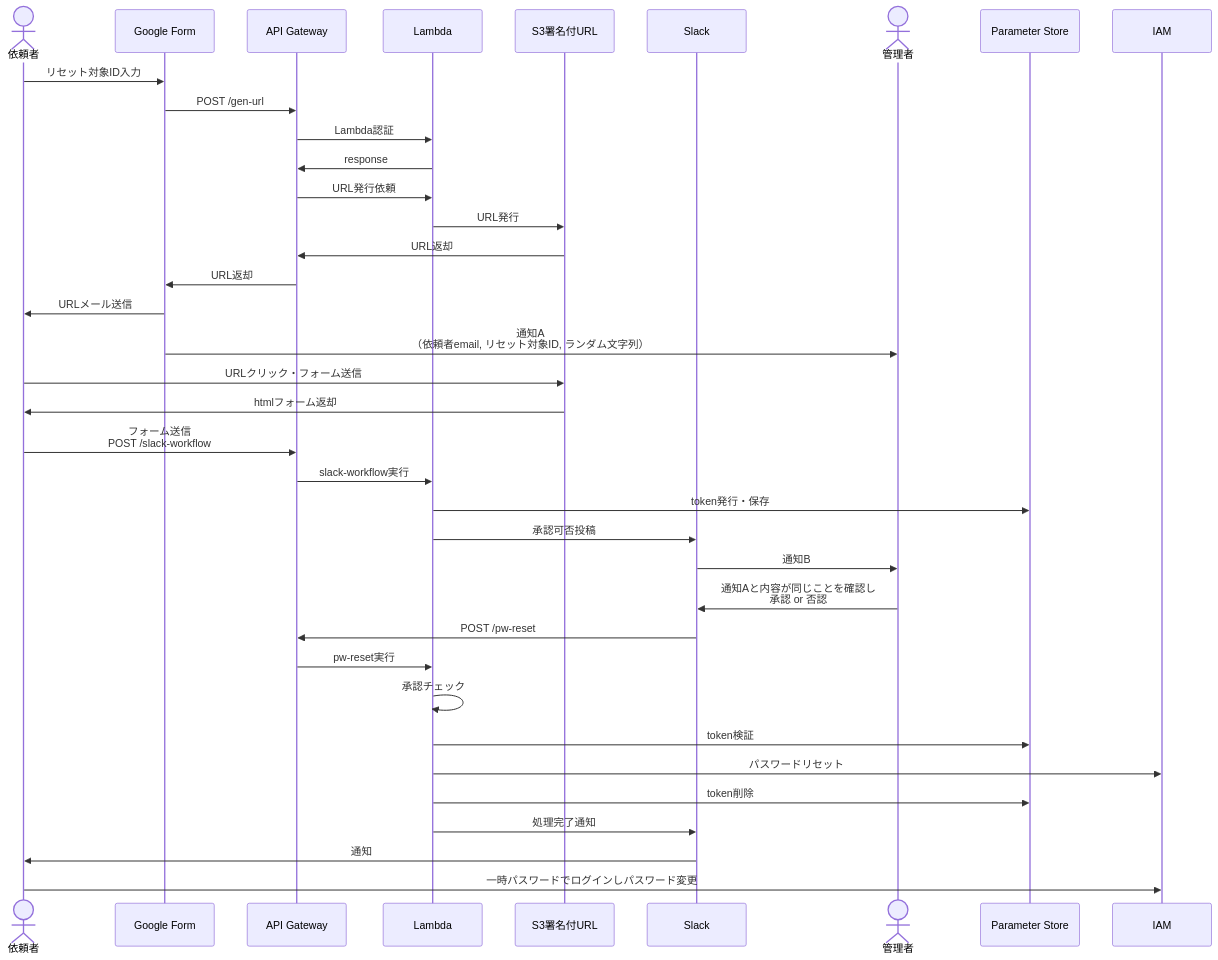
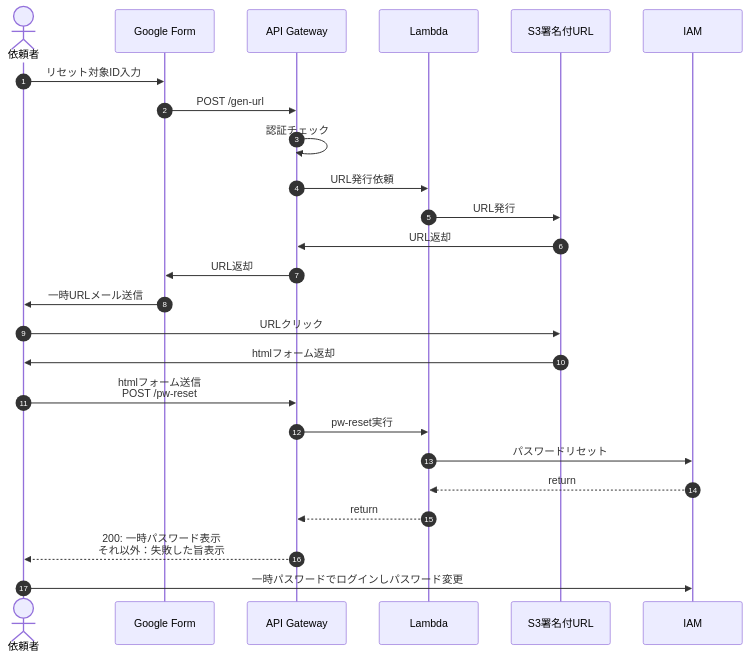
One commit to hige-dev/pw-reset changed the diagram in README.md. Above: the diagram before and after it, drawn with Mermaid.

Commit message:
mod sequence

````diff
--- a/README.md
+++ b/README.md
@@ -66,39 +66,27 @@
 ```mermaid
 sequenceDiagram
+  autonumber
   actor line_2 as 依頼者
   participant line_1 as Google Form
   participant line_3 as API Gateway
   participant line_5 as Lambda
   participant line_4 as S3署名付URL
-  participant line_6 as Slack
-  actor line_7 as 管理者
-  participant line_11 as Parameter Store
   participant line_10 as IAM
   line_2 ->> line_1: リセット対象ID入力
   line_1 ->> line_3: POST /gen-url
-  line_3 ->> line_5: Lambda認証
-  line_5 ->> line_3: response
+  line_3 ->> line_3: 認証チェック
   line_3 ->> line_5: URL発行依頼
   line_5 ->> line_4: URL発行
   line_4 ->> line_3: URL返却
   line_3 ->> line_1: URL返却
-  line_1 ->> line_2: URLメール送信
-  line_1 ->> line_7: 通知A<br>（依頼者email, リセット対象ID, ランダム文字列）
-  line_2 ->> line_4: URLクリック・フォーム送信
+  line_1 ->> line_2: 一時URLメール送信
+  line_2 ->> line_4: URLクリック
   line_4 ->> line_2: htmlフォーム返却
-  line_2 ->> line_3: フォーム送信<br>POST /slack-workflow
-  line_3 ->> line_5: slack-workflow実行
-  line_5 ->> line_11: token発行・保存
-  line_5 ->> line_6: 承認可否投稿
-  line_6 ->> line_7: 通知B
-  line_7 ->> line_6: 通知Aと内容が同じことを確認し<br>承認 or 否認
-  line_6 ->> line_3: POST /pw-reset
+  line_2 ->> line_3: htmlフォーム送信<br>POST /pw-reset
   line_3 ->> line_5: pw-reset実行
-  line_5 ->> line_5: 承認チェック
-  line_5 ->> line_11: token検証
   line_5 ->> line_10: パスワードリセット
-  line_5 ->> line_11: token削除
-  line_5 ->> line_6: 処理完了通知
-  line_6 ->> line_2: 通知
+  line_10 -->> line_5: return
+  line_5 -->> line_3: return
+  line_3 -->> line_2: 200: 一時パスワード表示<br>それ以外：失敗した旨表示
   line_2 ->> line_10: 一時パスワードでログインしパスワード変更
 ```
````
